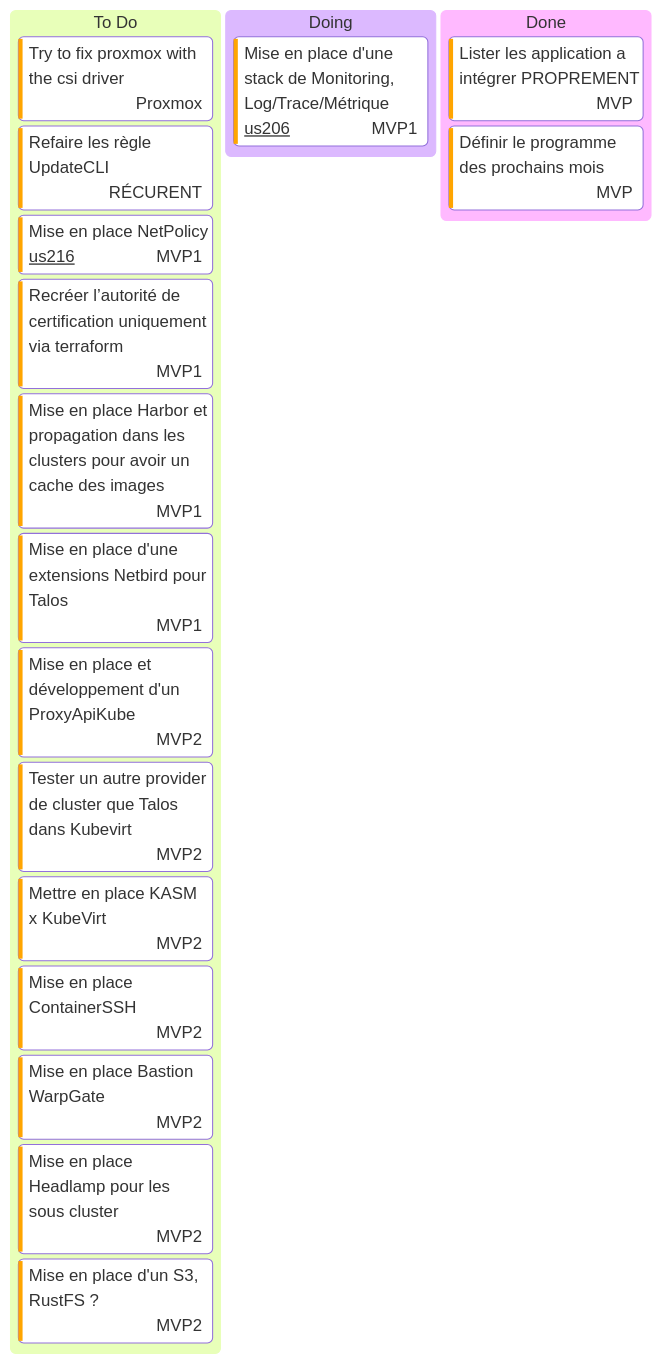
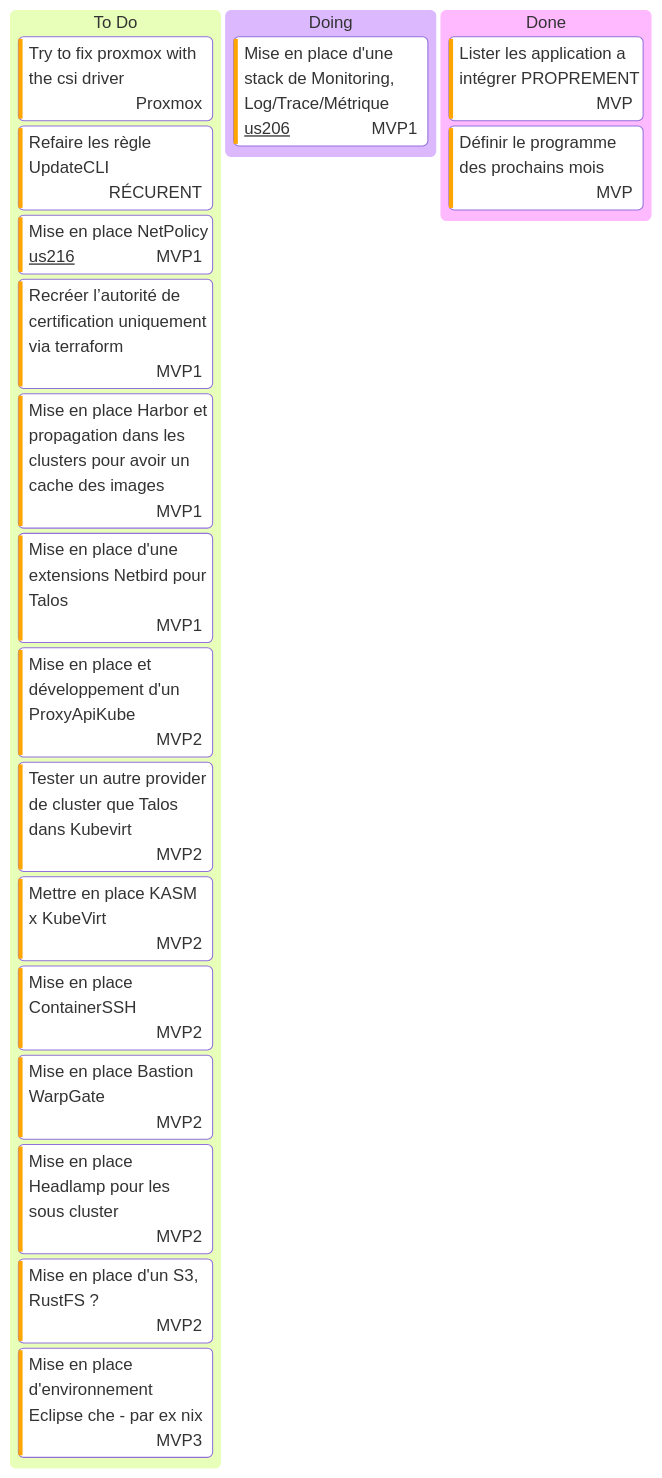
Before and after one commit to batleforc/weebo-si: the diagram in 0.docs/0.introduction/kanban.md, drawn with Mermaid. The commit also changed 2 other files, not shown here.

Commit message:
feat(grafana): install clickhouse plugins

````diff
--- a/0.docs/0.introduction/kanban.md
+++ b/0.docs/0.introduction/kanban.md
@@ -3,28 +3,29 @@
 ```mermaid
 ---
 config:
   kanban:
     ticketBaseUrl: 'https://batleforc.github.io/weebo-si/0.us/#TICKET#'
 ---
 
 kanban
   todo[To Do]
     us203[Try to fix proxmox with the csi driver]@{ assigned: Proxmox, priority: 'High'}
     us204[Refaire les règle UpdateCLI]@{ assigned: RÉCURENT, priority: 'High'}
     us216[Mise en place NetPolicy]@{ assigned: MVP1, priority: 'High', ticket: 'us216'}
     us205[Recréer l’autorité de certification uniquement via terraform]@{ assigned: MVP1, priority: 'High'}
     us207[Mise en place Harbor et propagation dans les clusters pour avoir un cache des images]@{ assigned: MVP1, priority: 'High'}
     us208[Mise en place d'une extensions Netbird pour Talos]@{ assigned: MVP1, priority: 'High'}
     us209[Mise en place et développement d'un ProxyApiKube]@{ assigned: MVP2, priority: 'High'}
     us210[Tester un autre provider de cluster que Talos dans Kubevirt]@{ assigned: MVP2, priority: 'High'}
     us211[Mettre en place KASM x KubeVirt]@{ assigned: MVP2, priority: 'High'}
     us212[Mise en place ContainerSSH]@{ assigned: MVP2, priority: 'High'}
     us213[Mise en place Bastion WarpGate]@{ assigned: MVP2, priority: 'High'}
     us214[Mise en place Headlamp pour les sous cluster]@{ assigned: MVP2, priority: 'High'}
     us215[Mise en place d'un S3, RustFS ?]@{ assigned: MVP2, priority: 'High'}
+    us217[Mise en place d'environnement Eclipse che - par ex nix]@{ assigned: MVP3, priority: 'High'}
   doing[Doing]
     us206[Mise en place d'une stack de Monitoring, Log/Trace/Métrique]@{ assigned: MVP1, priority: 'High', ticket: 'us206'}
   done[Done]
     us201[Lister les application a intégrer PROPREMENT]@{ assigned: MVP, priority: 'High'}
     us202[Définir le programme des prochains mois]@{ assigned: MVP, priority: 'High'}
 ```
````
